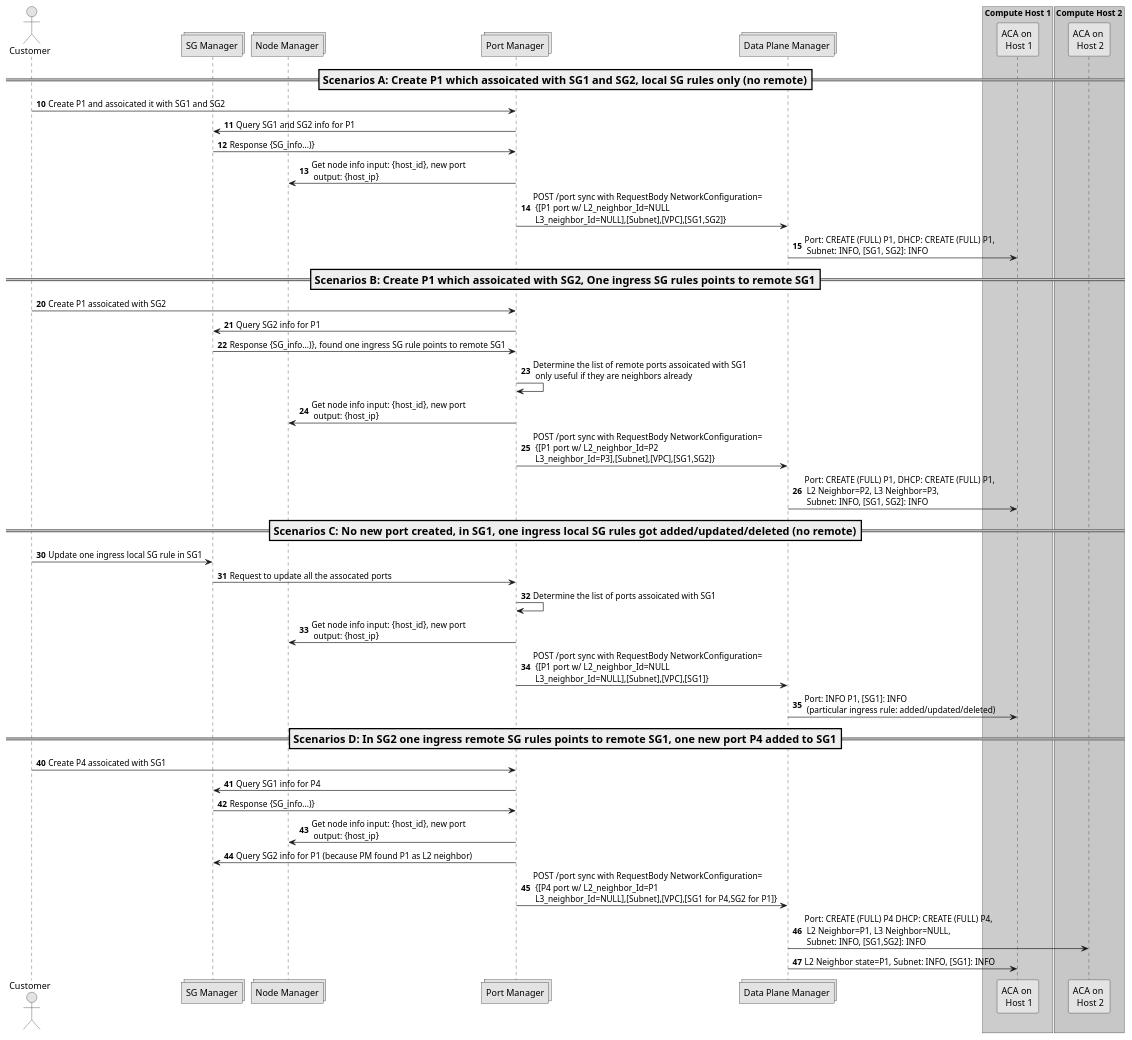
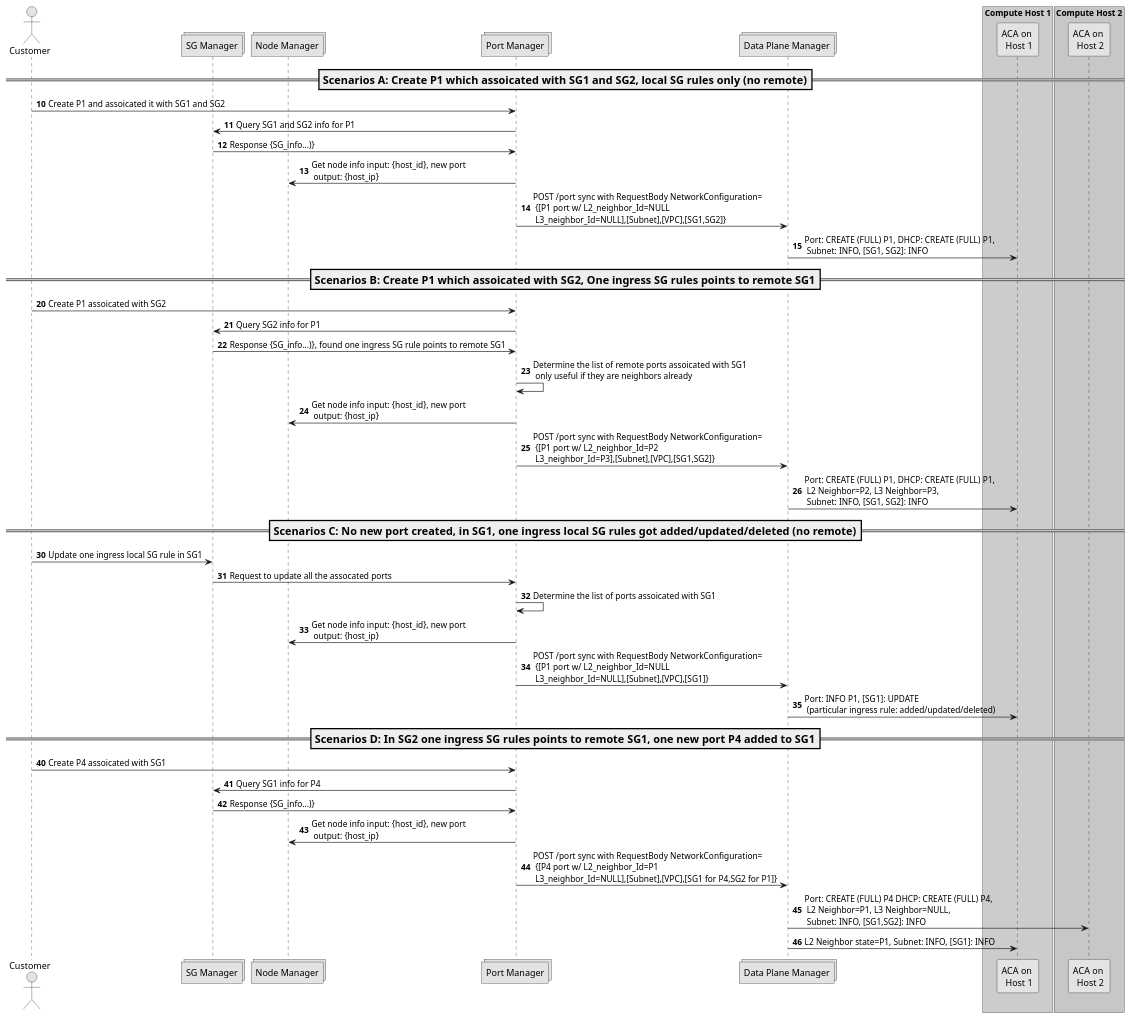
Before and after one commit to futurewei-cloud/alcor: the diagram in docs/modules/ROOT/workflows/security_group_workflow.puml, drawn with PlantUML. The commit also changed 2 other files, not shown here.

```diff
--- a/docs/modules/ROOT/workflows/security_group_workflow.puml
+++ b/docs/modules/ROOT/workflows/security_group_workflow.puml
@@ -15,62 +15,61 @@
 @startuml
 
 skinparam monochrome true
 
 actor "Customer"
 collections "SG Manager"
 collections "Node Manager"
 collections "Port Manager"
 collections "Data Plane Manager"
 
 box "Compute Host 1" #LightBlue
 participant "ACA on \n Host 1"
 end box
 
 box "Compute Host 2" #LightGreen
 participant "ACA on \n Host 2"
 end box
 
 ===Scenarios A: Create P1 which assoicated with SG1 and SG2, local SG rules only (no remote)==
 
 autonumber 10
 "Customer" -> "Port Manager": Create P1 and assoicated it with SG1 and SG2
 "Port Manager" -> "SG Manager": Query SG1 and SG2 info for P1
 "SG Manager" -> "Port Manager": Response {SG_info...)}
 "Port Manager" -> "Node Manager": Get node info input: {host_id}, new port\n output: {host_ip}
 "Port Manager" -> "Data Plane Manager": POST /port sync with RequestBody NetworkConfiguration=\n {[P1 port w/ L2_neighbor_Id=NULL \n L3_neighbor_Id=NULL],[Subnet],[VPC],[SG1,SG2]}
 "Data Plane Manager" -> "ACA on \n Host 1": Port: CREATE (FULL) P1, DHCP: CREATE (FULL) P1,\n Subnet: INFO, [SG1, SG2]: INFO
 
 ===Scenarios B: Create P1 which assoicated with SG2, One ingress SG rules points to remote SG1==
 
 autonumber 20
 "Customer" -> "Port Manager": Create P1 assoicated with SG2
 "Port Manager" -> "SG Manager": Query SG2 info for P1
 "SG Manager" -> "Port Manager": Response {SG_info...)}, found one ingress SG rule points to remote SG1
 "Port Manager" -> "Port Manager": Determine the list of remote ports assoicated with SG1\n only useful if they are neighbors already
 "Port Manager" -> "Node Manager": Get node info input: {host_id}, new port\n output: {host_ip}
 "Port Manager" -> "Data Plane Manager": POST /port sync with RequestBody NetworkConfiguration=\n {[P1 port w/ L2_neighbor_Id=P2 \n L3_neighbor_Id=P3],[Subnet],[VPC],[SG1,SG2]}
 "Data Plane Manager" -> "ACA on \n Host 1": Port: CREATE (FULL) P1, DHCP: CREATE (FULL) P1,\n L2 Neighbor=P2, L3 Neighbor=P3,\n Subnet: INFO, [SG1, SG2]: INFO
 
 ===Scenarios C: No new port created, in SG1, one ingress local SG rules got added/updated/deleted (no remote)==
 
 autonumber 30
 "Customer" -> "SG Manager": Update one ingress local SG rule in SG1
 "SG Manager" -> "Port Manager": Request to update all the assocated ports
 "Port Manager" -> "Port Manager": Determine the list of ports assoicated with SG1
 "Port Manager" -> "Node Manager": Get node info input: {host_id}, new port\n output: {host_ip}
 "Port Manager" -> "Data Plane Manager": POST /port sync with RequestBody NetworkConfiguration=\n {[P1 port w/ L2_neighbor_Id=NULL \n L3_neighbor_Id=NULL],[Subnet],[VPC],[SG1]}
-"Data Plane Manager" -> "ACA on \n Host 1": Port: INFO P1, [SG1]: INFO\n (particular ingress rule: added/updated/deleted)
+"Data Plane Manager" -> "ACA on \n Host 1": Port: INFO P1, [SG1]: UPDATE\n (particular ingress rule: added/updated/deleted)
 
-===Scenarios D: In SG2 one ingress remote SG rules points to remote SG1, one new port P4 added to SG1==
+===Scenarios D: In SG2 one ingress SG rules points to remote SG1, one new port P4 added to SG1==
 
 autonumber 40
 "Customer" -> "Port Manager": Create P4 assoicated with SG1
 "Port Manager" -> "SG Manager": Query SG1 info for P4
 "SG Manager" -> "Port Manager": Response {SG_info...)}
 "Port Manager" -> "Node Manager": Get node info input: {host_id}, new port\n output: {host_ip}
-"Port Manager" -> "SG Manager": Query SG2 info for P1 (because PM found P1 as L2 neighbor)
 "Port Manager" -> "Data Plane Manager": POST /port sync with RequestBody NetworkConfiguration=\n {[P4 port w/ L2_neighbor_Id=P1 \n L3_neighbor_Id=NULL],[Subnet],[VPC],[SG1 for P4,SG2 for P1]}
 "Data Plane Manager" -> "ACA on \n Host 2": Port: CREATE (FULL) P4 DHCP: CREATE (FULL) P4,\n L2 Neighbor=P1, L3 Neighbor=NULL,\n Subnet: INFO, [SG1,SG2]: INFO
 "Data Plane Manager" -> "ACA on \n Host 1": L2 Neighbor state=P1, Subnet: INFO, [SG1]: INFO
 
 @enduml
```
